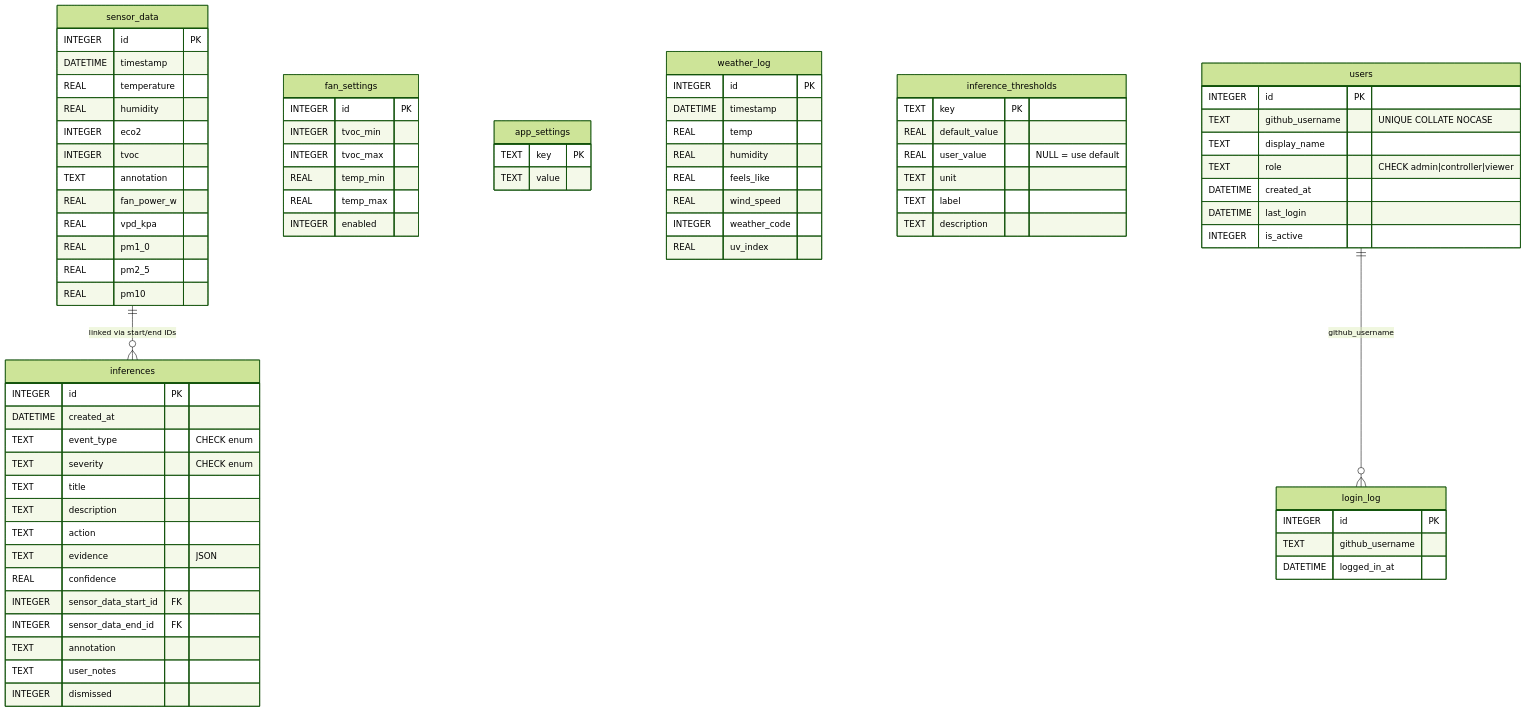
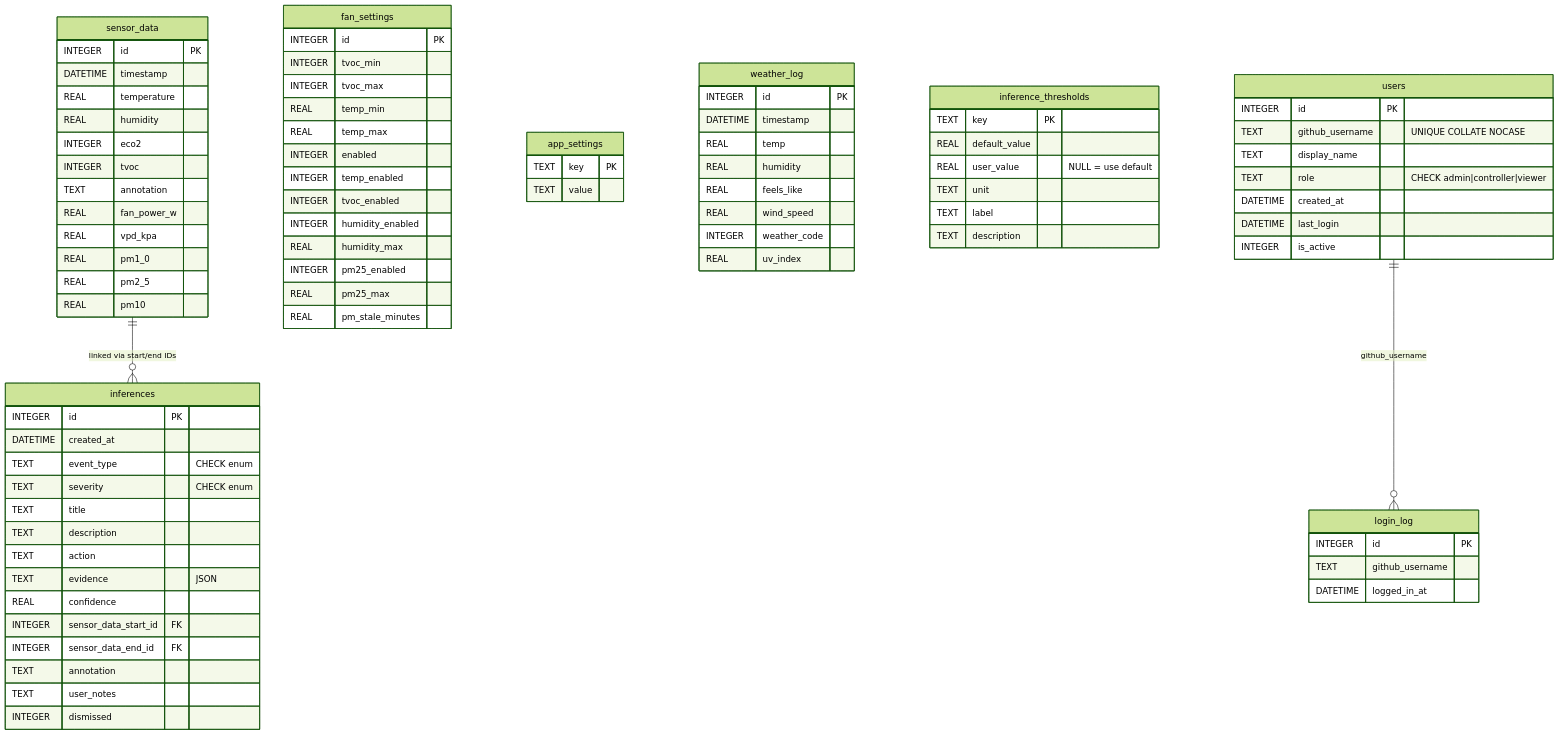
The third of 5 diagrams in readme.md (Ryan-be/mars-air-quility), drawn with Mermaid (forest theme) before and after one commit. The commit also changed other lines of this file and 7 other files, not shown here.

```diff
--- a/readme.md
+++ b/readme.md
@@ -260,6 +260,13 @@
         REAL temp_min
         REAL temp_max
         INTEGER enabled
+        INTEGER temp_enabled
+        INTEGER tvoc_enabled
+        INTEGER humidity_enabled
+        REAL humidity_max
+        INTEGER pm25_enabled
+        REAL pm25_max
+        REAL pm_stale_minutes
     }
 
     app_settings {
```
